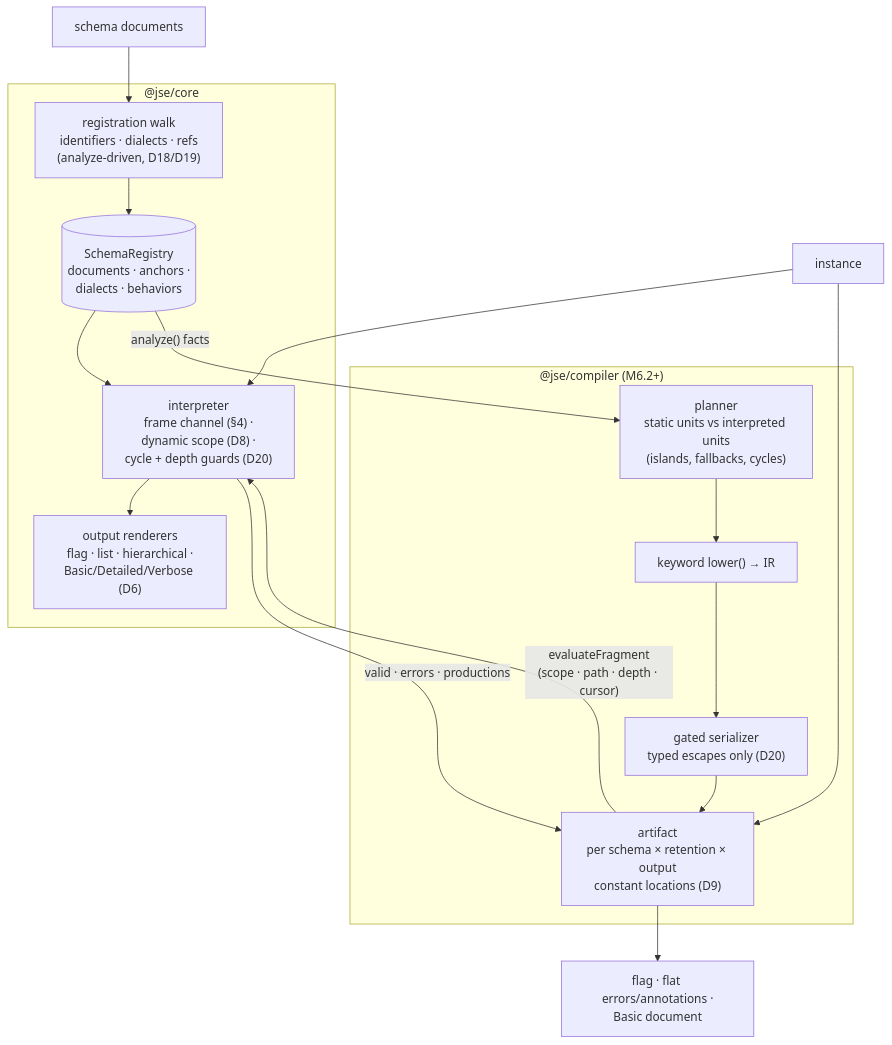
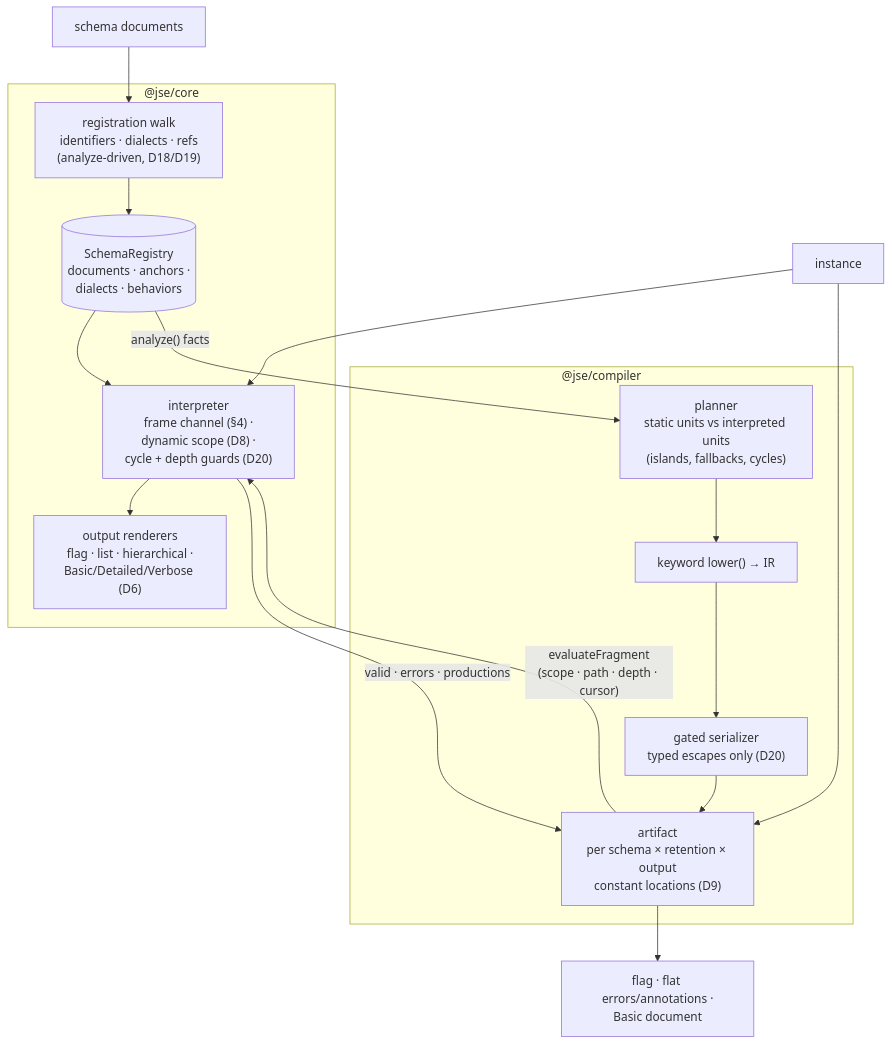
The diagram in docs/architecture.md (handrews/json-schema-engine), drawn with Mermaid before and after one commit. The commit also changed other lines of this file and 15 other files, not shown here.

````diff
--- a/docs/architecture.md
+++ b/docs/architecture.md
@@ -36,25 +37,25 @@
 ```mermaid
 flowchart TD
     SD["schema documents"] --> REG
     subgraph CORE ["@jse/core"]
         REG["registration walk\nidentifiers · dialects · refs\n(analyze-driven, D18/D19)"]
         REG --> RY[("SchemaRegistry\ndocuments · anchors ·\ndialects · behaviors")]
         INT["interpreter\nframe channel (§4) ·\ndynamic scope (D8) ·\ncycle + depth guards (D20)"]
         RY --> INT
         OUT["output renderers\nflag · list · hierarchical ·\nBasic/Detailed/Verbose (D6)"]
         INT --> OUT
     end
-    subgraph COMP ["@jse/compiler (M6.2+)"]
+    subgraph COMP ["@jse/compiler"]
         PLAN["planner\nstatic units vs interpreted units\n(islands, fallbacks, cycles)"]
         LOWER["keyword lower() → IR"]
         EMIT["gated serializer\ntyped escapes only (D20)"]
         ART["artifact\nper schema × retention × output\nconstant locations (D9)"]
         PLAN --> LOWER --> EMIT --> ART
     end
     RY -- "analyze() facts" --> PLAN
     ART -- "evaluateFragment\n(scope · path · depth · cursor)" --> INT
     INT -- "valid · errors · productions" --> ART
     INS["instance"] --> INT
     INS --> ART
     ART --> OUT2["flag · flat errors/annotations ·\nBasic document"]
 ```
````
